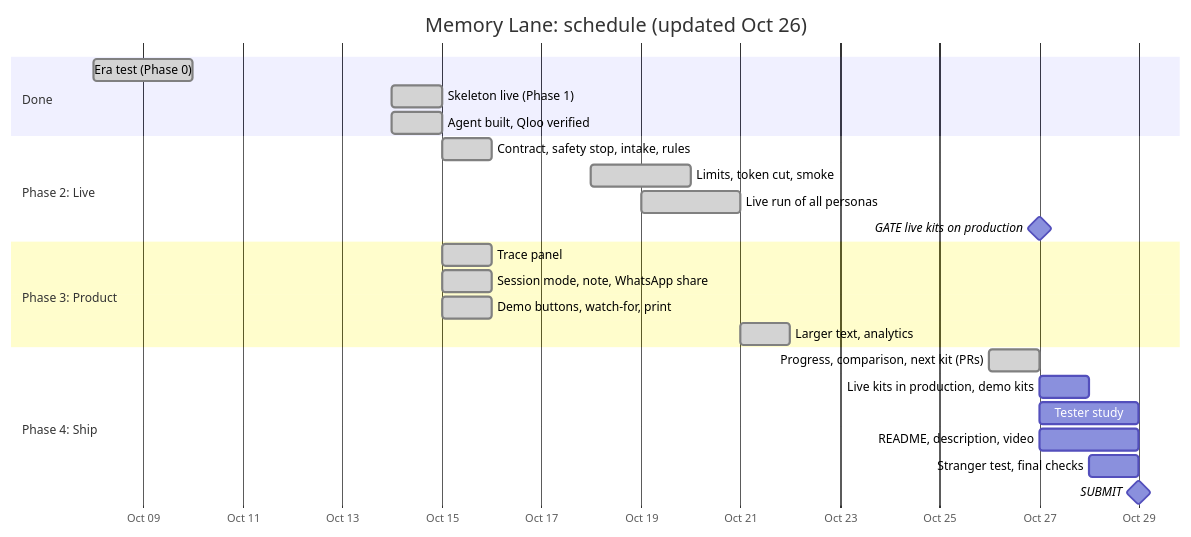
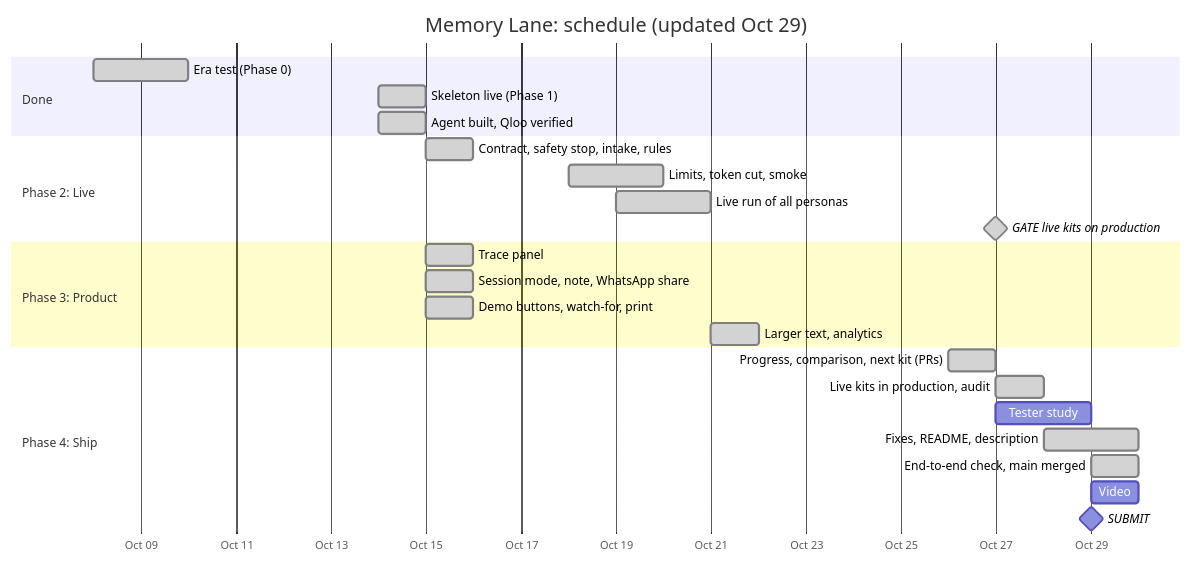
One commit to PrathibhaDevkar/memory-lane changed the sixth of 8 diagrams in docs/plan.md. Above: the diagram before and after it, drawn with Mermaid. The commit also changed other lines of this file and 3 other files, not shown here.

First line of the commit message:
Bring the docs and diagrams up to date (#34)

````diff
--- a/docs/plan.md
+++ b/docs/plan.md
@@ -380,31 +433,32 @@
 ```mermaid
 gantt
-    title Memory Lane: schedule (updated Oct 26)
+    title Memory Lane: schedule (updated Oct 29)
     dateFormat  YYYY-MM-DD
     axisFormat  %b %d
 
     section Done
     Era test (Phase 0)                   :done,    p0, 2026-10-08, 2d
     Skeleton live (Phase 1)              :done,    p1, 2026-10-14, 1d
     Agent built, Qloo verified           :done,    p2, 2026-10-14, 1d
 
     section Phase 2: Live
     Contract, safety stop, intake, rules :done,    a1, 2026-10-15, 1d
     Limits, token cut, smoke             :done,    a3, 2026-10-18, 2d
     Live run of all personas             :done,    a2, 2026-10-19, 2d
-    GATE live kits on production         :milestone, g2, 2026-10-27, 0d
+    GATE live kits on production         :done, milestone, g2, 2026-10-27, 0d
 
     section Phase 3: Product
     Trace panel                          :done,    b2, 2026-10-15, 1d
     Session mode, note, WhatsApp share   :done,    b3, 2026-10-15, 1d
     Demo buttons, watch-for, print       :done,    b5, 2026-10-15, 1d
     Larger text, analytics               :done,    b6, 2026-10-21, 1d
 
     section Phase 4: Ship
     Progress, comparison, next kit (PRs) :done,    c0, 2026-10-26, 1d
-    Live kits in production, demo kits   :         c1, 2026-10-27, 1d
+    Live kits in production, audit       :done,    c1, 2026-10-27, 1d
     Tester study                         :         c4, 2026-10-27, 2d
-    README, description, video           :         c2, 2026-10-27, 2d
-    Stranger test, final checks          :         c3, 2026-10-28, 1d
+    Fixes, README, description           :done,    c2, 2026-10-28, 2d
+    End-to-end check, main merged        :done,    c3, 2026-10-29, 1d
+    Video                                :         c5, 2026-10-29, 1d
     SUBMIT                               :milestone, sub, 2026-10-29, 0d
 ```
````
